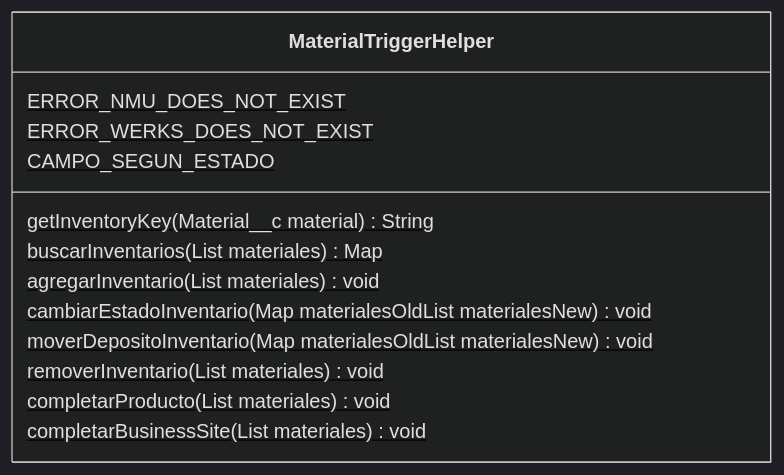
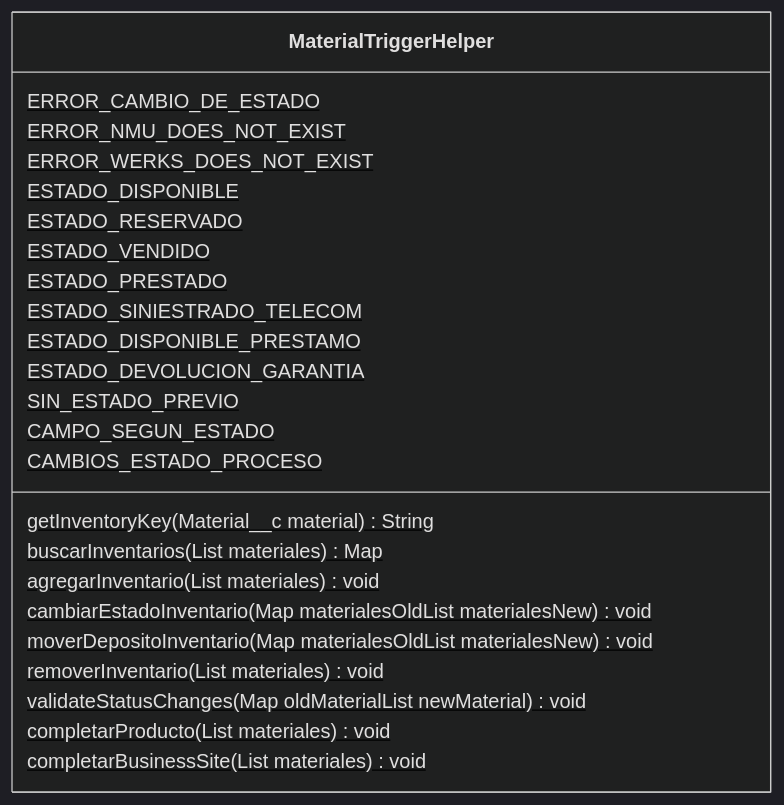
Before and after one commit to sebastianclaros/stockventa: the diagram in docs/diccionarios/classes/MaterialTriggerHelper.md, drawn with Mermaid (dark theme). The commit also changed other lines of this file and 13 other files, not shown here.

````diff
--- a/docs/diccionarios/classes/MaterialTriggerHelper.md
+++ b/docs/diccionarios/classes/MaterialTriggerHelper.md
@@ -19,19 +19,30 @@
 ```mermaid
 classDiagram
 
 class MaterialTriggerHelper {
     
+     ERROR_CAMBIO_DE_ESTADO $    
      ERROR_NMU_DOES_NOT_EXIST $    
      ERROR_WERKS_DOES_NOT_EXIST $    
+     ESTADO_DISPONIBLE $    
+     ESTADO_RESERVADO $    
+     ESTADO_VENDIDO $    
+     ESTADO_PRESTADO $    
+     ESTADO_SINIESTRADO_TELECOM $    
+     ESTADO_DISPONIBLE_PRESTAMO $    
+     ESTADO_DEVOLUCION_GARANTIA $    
+     SIN_ESTADO_PREVIO $    
      CAMPO_SEGUN_ESTADO $    
+     CAMBIOS_ESTADO_PROCESO $    
      getInventoryKey(Material__c material) String $
      buscarInventarios(List materiales) Map $
      agregarInventario(List materiales) void $
      cambiarEstadoInventario(Map materialesOldList materialesNew) void $
      moverDepositoInventario(Map materialesOldList materialesNew) void $
      removerInventario(List materiales) void $
+     validateStatusChanges(Map oldMaterialList newMaterial) void $
      completarProducto(List materiales) void $
      completarBusinessSite(List materiales) void $
 
 }
 ```
````
